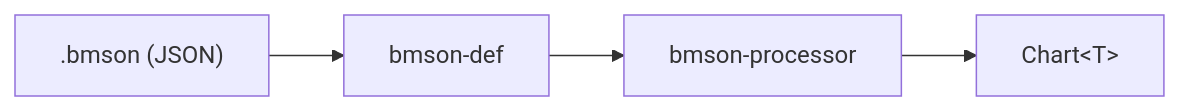
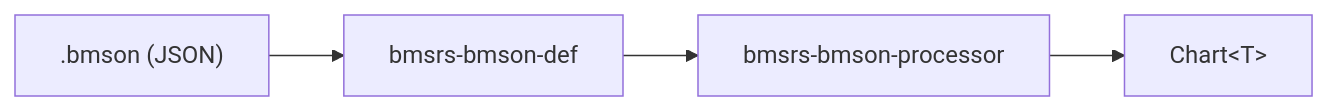
Before and after one commit to brightmeows/bmsrs: the diagram in bmson/AGENTS.md, drawn with Mermaid. The commit also changed other lines of this file and 95 other files, not shown here.

````diff
--- a/bmson/AGENTS.md
+++ b/bmson/AGENTS.md
@@ -11,6 +11,6 @@
 ```mermaid
 flowchart LR
-    JSON[".bmson (JSON)"] --> Def[bmson-def]
-    Def --> Proc[bmson-processor]
+    JSON[".bmson (JSON)"] --> Def[bmsrs-bmson-def]
+    Def --> Proc[bmsrs-bmson-processor]
     Proc --> Chart["Chart&lt;T&gt;"]
 ```
````
